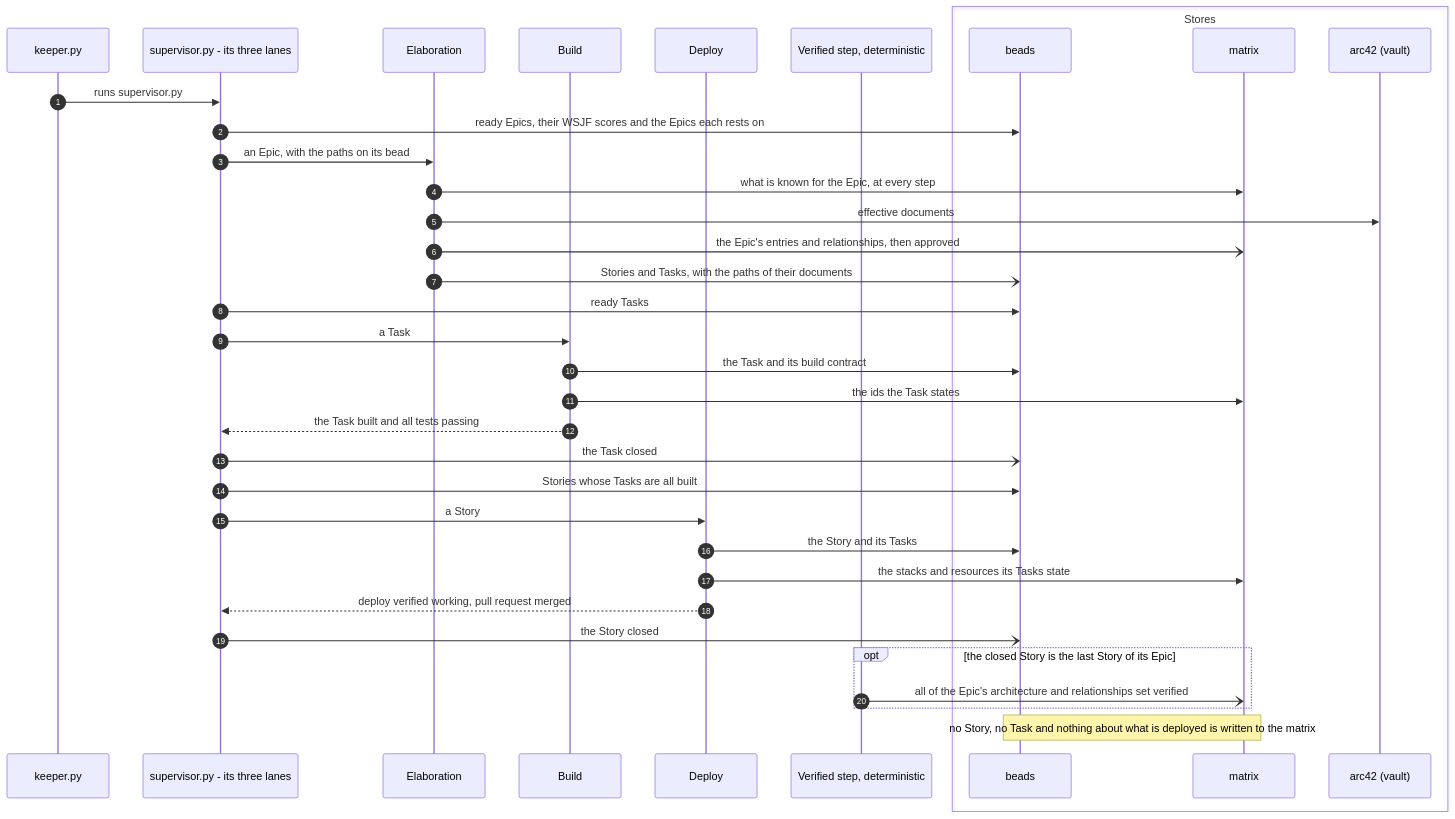
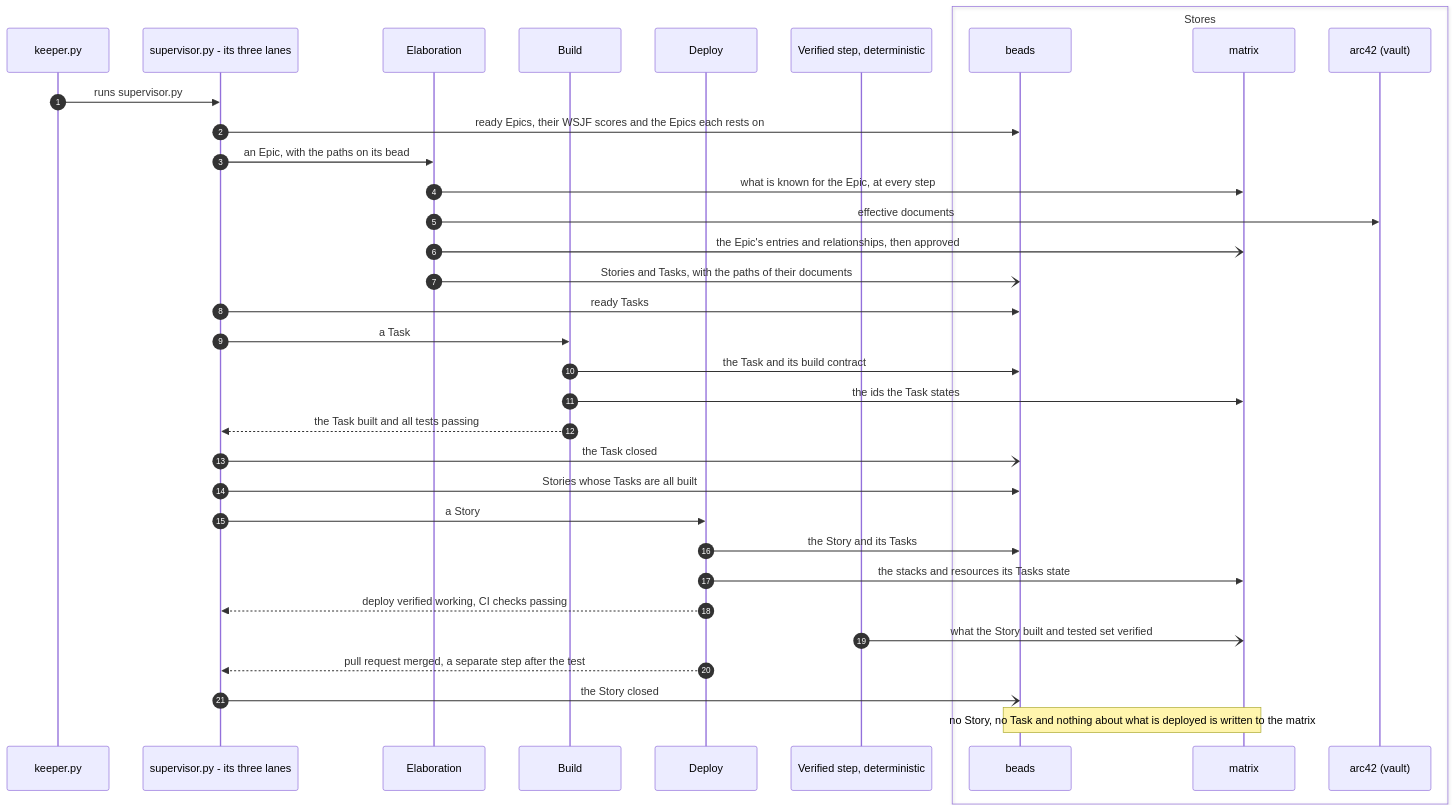
Before and after one commit to mark-satterfield/toolset: the eighth of 8 diagrams in plugins/agent-teams-workforce/blueprint/design/pipelines-driver.md, drawn with Mermaid. The commit also changed other lines of this file and 9 other files, not shown here.

````diff
--- a/plugins/agent-teams-workforce/blueprint/design/pipelines-driver.md
+++ b/plugins/agent-teams-workforce/blueprint/design/pipelines-driver.md
@@ -433,39 +433,38 @@
 ```mermaid
 sequenceDiagram
     autonumber
     participant K as keeper.py
     participant S as supervisor.py - its three lanes
     participant EL as Elaboration
     participant BU as Build
     participant DE as Deploy
     participant V as Verified step, deterministic
     box Stores
         participant BD as beads
         participant MX as matrix
         participant A42 as arc42 (vault)
     end
 
     K->>S: runs supervisor.py
     S->>BD: ready Epics, their WSJF scores and the Epics each rests on
     S->>EL: an Epic, with the paths on its bead
     EL->>MX: what is known for the Epic, at every step
     EL->>A42: effective documents
     EL-)MX: the Epic's entries and relationships, then approved
     EL-)BD: Stories and Tasks, with the paths of their documents
     S->>BD: ready Tasks
     S->>BU: a Task
     BU->>BD: the Task and its build contract
     BU->>MX: the ids the Task states
     BU-->>S: the Task built and all tests passing
     S-)BD: the Task closed
     S->>BD: Stories whose Tasks are all built
     S->>DE: a Story
     DE->>BD: the Story and its Tasks
     DE->>MX: the stacks and resources its Tasks state
-    DE-->>S: deploy verified working, pull request merged
+    DE-->>S: deploy verified working, CI checks passing
+    V-)MX: what the Story built and tested set verified
+    DE-->>S: pull request merged, a separate step after the test
     S-)BD: the Story closed
-    opt the closed Story is the last Story of its Epic
-        V-)MX: all of the Epic's architecture and relationships set verified
-    end
     Note over BD,MX: no Story, no Task and nothing about what is deployed is written to the matrix
 ```
````
